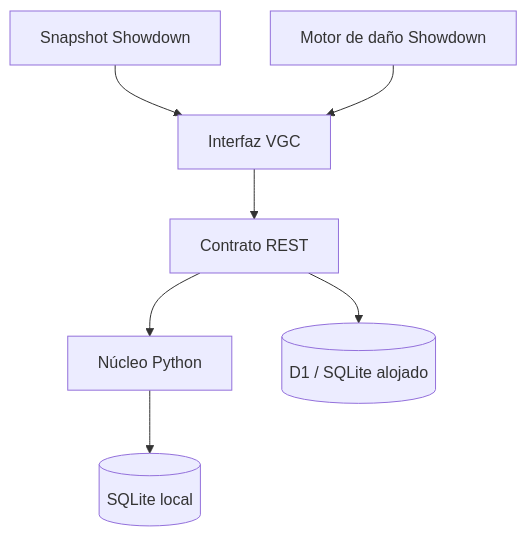
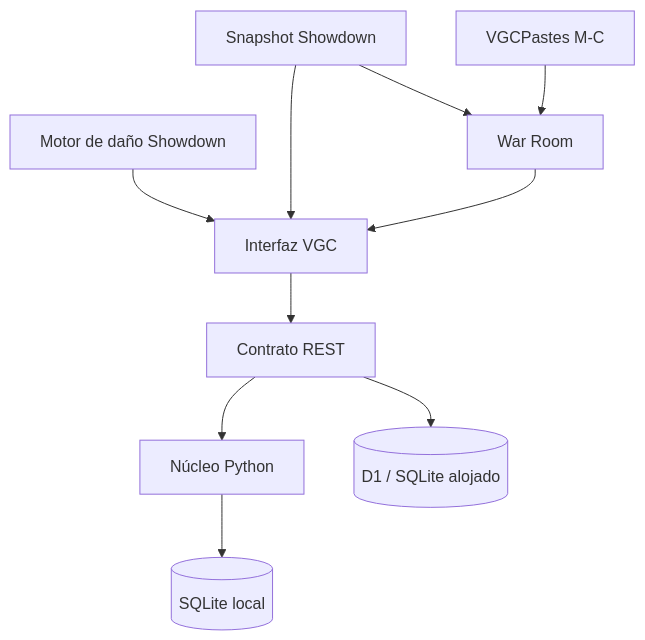
Before and after one commit to Iesyo/pkmn: the diagram in docs/architecture.md, drawn with Mermaid. The commit also changed other lines of this file and 9 other files, not shown here.

First line of the commit message:
feat: add evidence-backed War Room (#9)

````diff
--- a/docs/architecture.md
+++ b/docs/architecture.md
@@ -11,9 +12,12 @@
 ```mermaid
 flowchart TD
     UI[Interfaz VGC] --> API[Contrato REST]
     DEX[Snapshot Showdown] --> UI
     CALC[Motor de daño Showdown] --> UI
+    CORPUS[VGCPastes M-C] --> WAR[War Room]
+    DEX --> WAR
+    WAR --> UI
     API --> PY[Núcleo Python]
     PY --> SQL[(SQLite local)]
     API --> D1[(D1 / SQLite alojado)]
 ```
````
